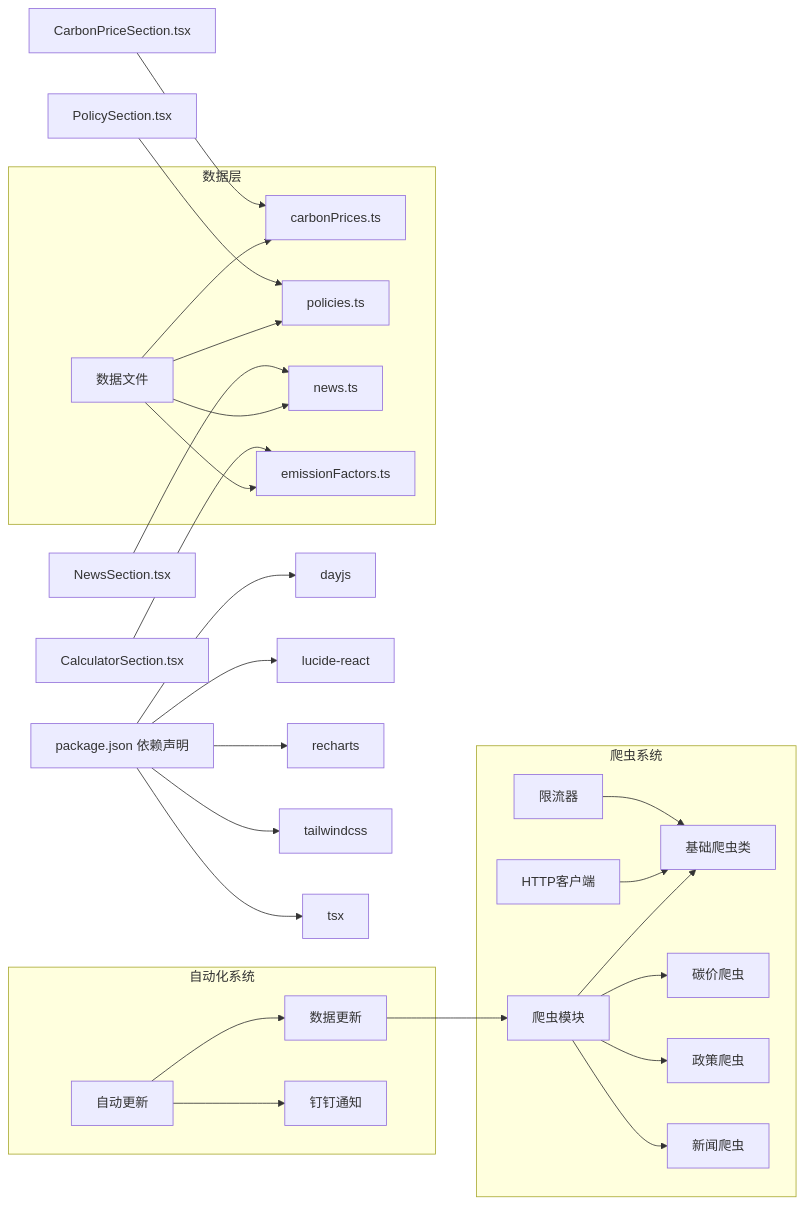
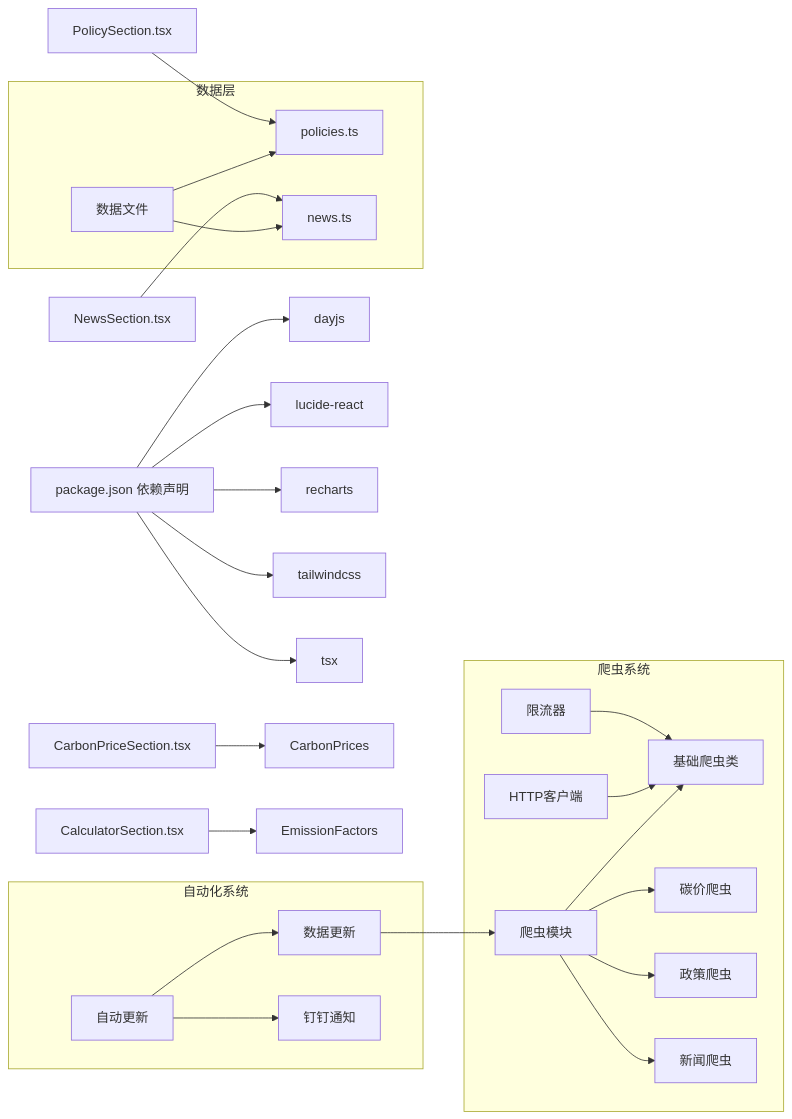
One commit to liangxuanliang-cmd/carbon-info-agent changed the sixth of 6 diagrams in .qoder/repowiki/zh/content/数据管理/数据管理.md. Above: the diagram before and after it, drawn with Mermaid. The commit also changed other lines of this file and 7 other files, not shown here.

````diff
--- a/.qoder/repowiki/zh/content/数据管理/数据管理.md
+++ b/.qoder/repowiki/zh/content/数据管理/数据管理.md
@@ -583,31 +490,29 @@
 ```mermaid
 graph LR
 Pkg["package.json 依赖声明"] --> Dayjs["dayjs"]
 Pkg --> Lucide["lucide-react"]
 Pkg --> Recharts["recharts"]
 Pkg --> Tailwind["tailwindcss"]
 Pkg --> Tsx["tsx"]
 subgraph "爬虫系统"
 Crawler["爬虫模块"] --> BaseCrawler["基础爬虫类"]
 Crawler --> CarbonPriceCrawler["碳价爬虫"]
 Crawler --> PolicyCrawler["政策爬虫"]
 Crawler --> NewsCrawler["新闻爬虫"]
 HttpClient["HTTP客户端"] --> BaseCrawler
 RateLimiter["限流器"] --> BaseCrawler
 end
 subgraph "自动化系统"
 AutoUpdate["自动更新"] --> UpdateData["数据更新"]
 AutoUpdate --> SendDingTalk["钉钉通知"]
 UpdateData --> Crawler
 end
 subgraph "数据层"
-Data["数据文件"] --> CarbonPrices["carbonPrices.ts"]
-Data --> Policies["policies.ts"]
+Data["数据文件"] --> Policies["policies.ts"]
 Data --> News["news.ts"]
-Data --> EmissionFactors["emissionFactors.ts"]
 end
 CarbonPriceSection["CarbonPriceSection.tsx"] --> CarbonPrices
 PolicySection["PolicySection.tsx"] --> Policies
 NewsSection["NewsSection.tsx"] --> News
 CalculatorSection["CalculatorSection.tsx"] --> EmissionFactors
 ```
````
